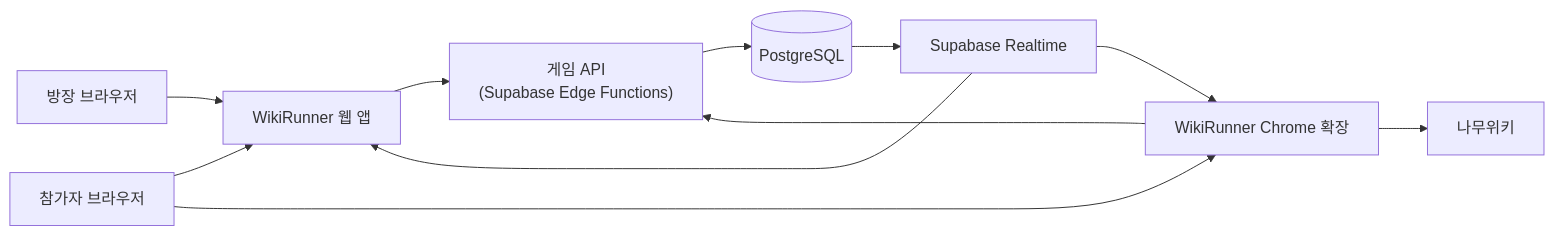
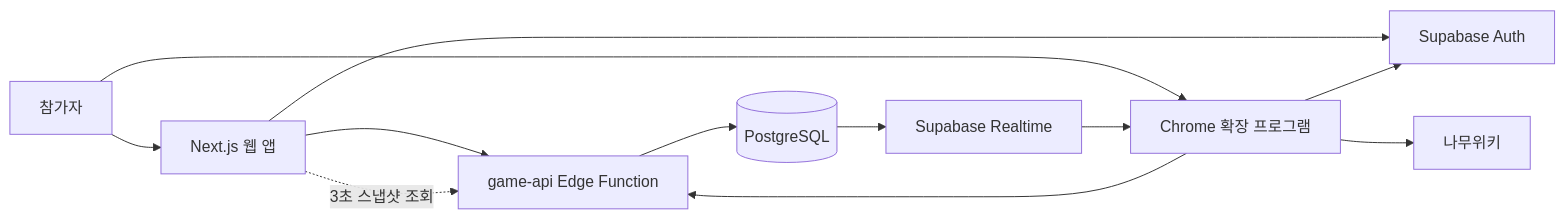
The first of 4 diagrams in docs/아키텍처.md (deepria/wikirunner), drawn with Mermaid before and after one commit. The commit also changed other lines of this file and 9 other files, not shown here.

````diff
--- a/docs/아키텍처.md
+++ b/docs/아키텍처.md
@@ -39,22 +19,23 @@
 ```mermaid
 flowchart LR
-    Host["방장 브라우저"]
-    Player["참가자 브라우저"]
-    Web["WikiRunner 웹 앱"]
-    Ext["WikiRunner Chrome 확장"]
-    API["게임 API<br/>(Supabase Edge Functions)"]
+    User["참가자"]
+    Web["Next.js 웹 앱"]
+    Ext["Chrome 확장 프로그램"]
+    Namu["나무위키"]
+    Auth["Supabase Auth"]
+    API["game-api Edge Function"]
     DB[("PostgreSQL")]
     RT["Supabase Realtime"]
-    Namu["나무위키"]
 
-    Host --> Web
-    Player --> Web
-    Player --> Ext
+    User --> Web
+    User --> Ext
     Ext --> Namu
+    Web --> Auth
+    Ext --> Auth
     Web --> API
     Ext --> API
     API --> DB
     DB --> RT
-    RT --> Web
     RT --> Ext
+    Web -. "3초 스냅샷 조회" .-> API
 ```
````
